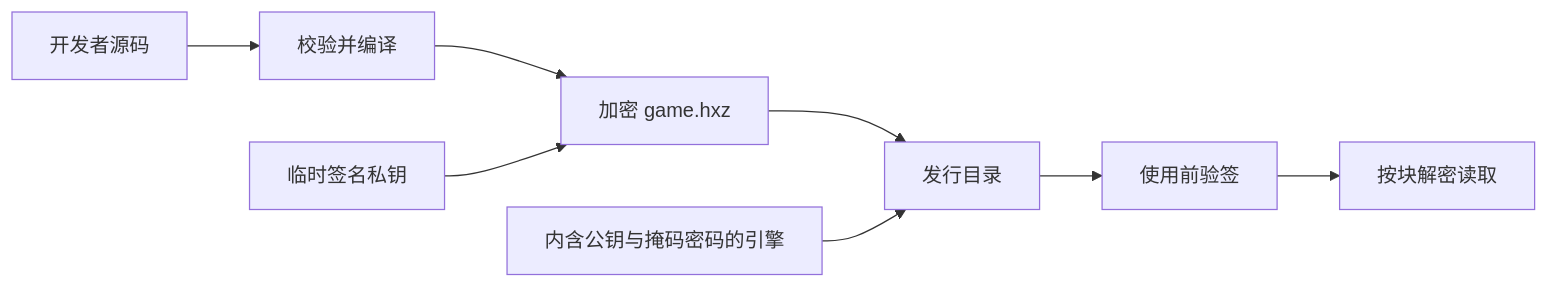
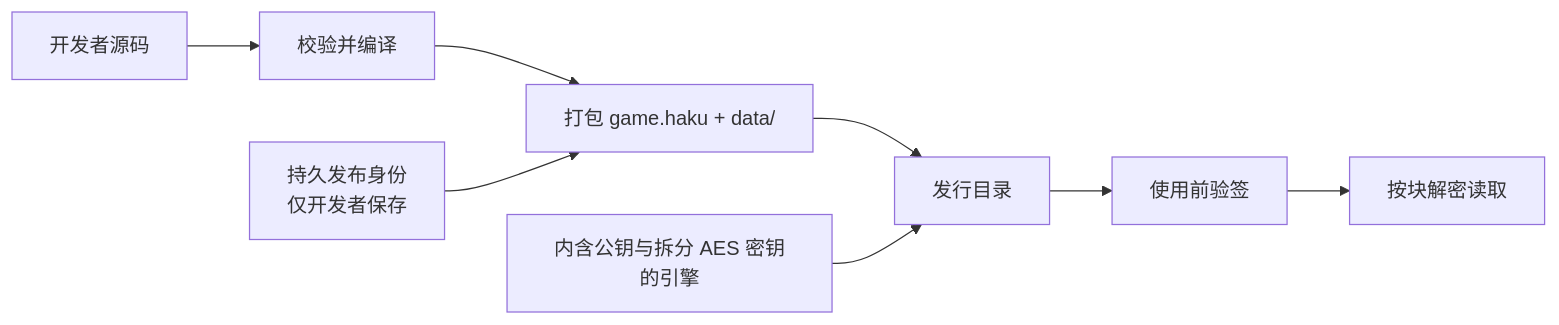
Before and after one commit to maincoretech/keine: the fourth of 4 diagrams in README_CN.md, drawn with Mermaid. The commit also changed other lines of this file and 42 other files, not shown here.

````diff
--- a/README_CN.md
+++ b/README_CN.md
@@ -233,10 +231,10 @@
 ```mermaid
 flowchart LR
     S["开发者源码"] --> C["校验并编译"]
-    C --> P["加密 game.hxz"]
-    K["临时签名私钥"] --> P
+    C --> P["打包 game.haku + data/"]
+    K["持久发布身份<br/>仅开发者保存"] --> P
     P --> B["发行目录"]
-    U["内含公钥与掩码密码的引擎"] --> B
+    U["内含公钥与拆分 AES 密钥的引擎"] --> B
     B --> V["使用前验签"]
     V --> R["按块解密读取"]
 ```
````
